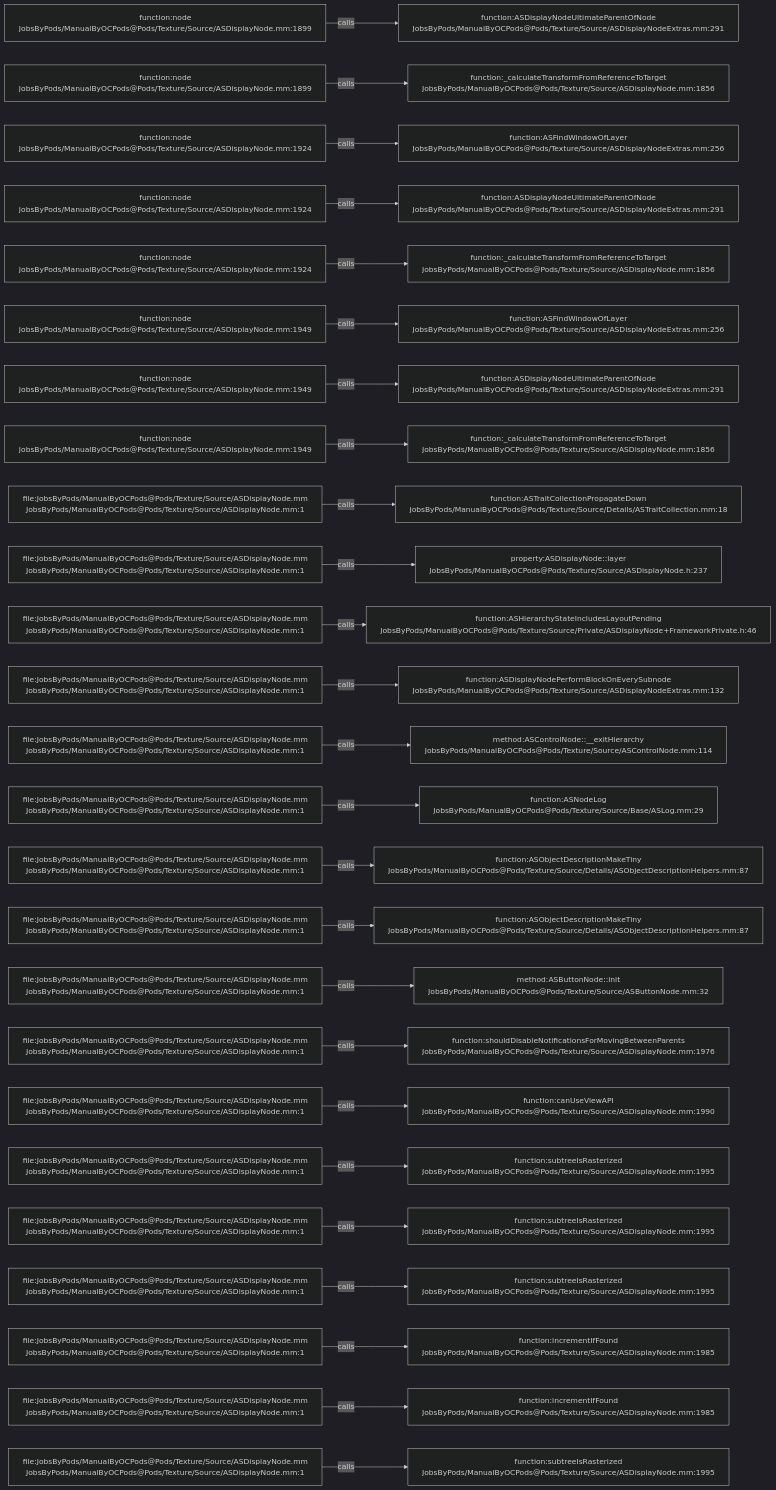
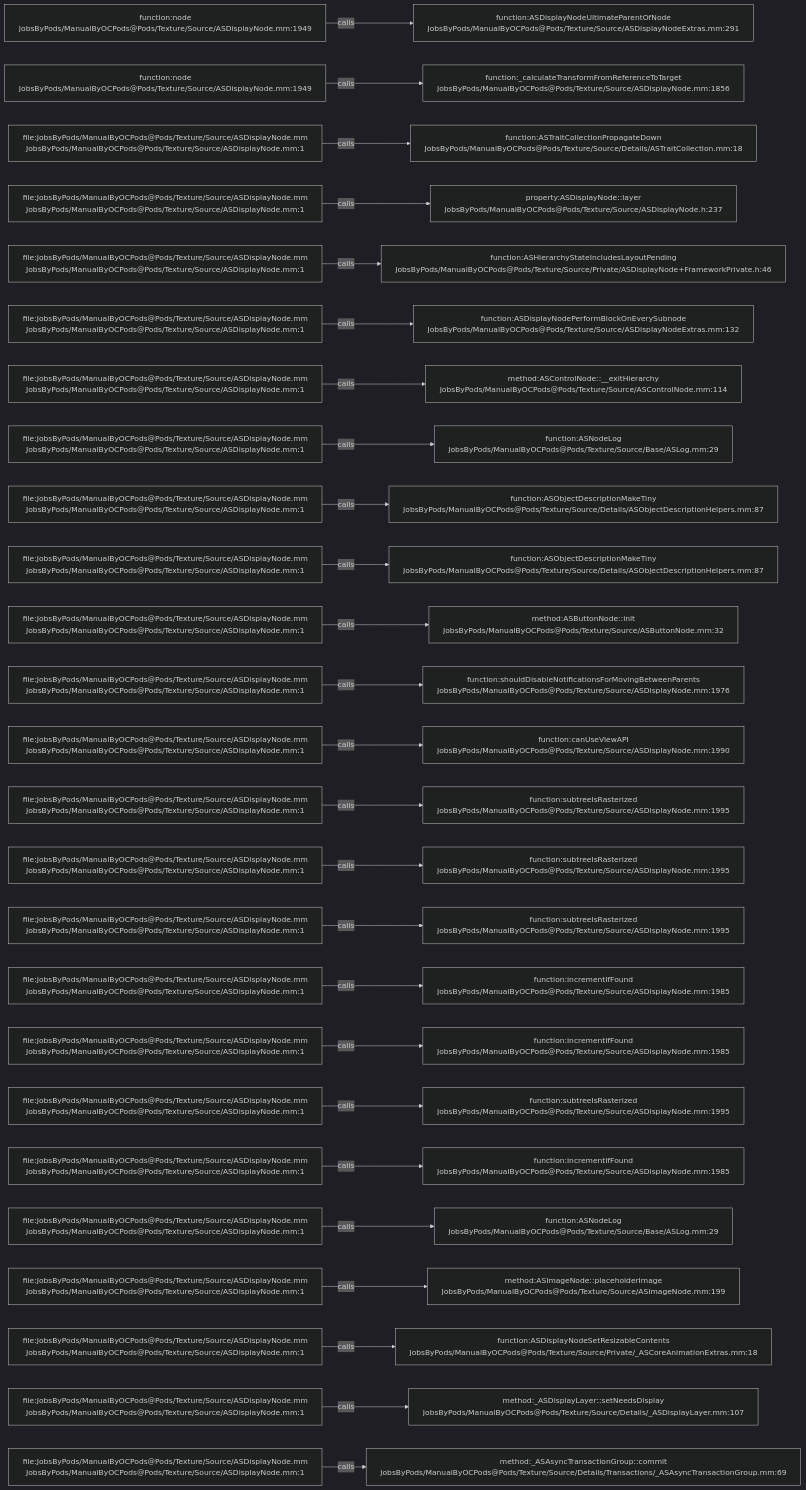
One commit to JobsKits/JobsOCBaseConfigDemo changed the diagram in .codegraph/codegraph.md/graphs/calls-093.md. Above: the diagram before and after it, drawn with Mermaid (dark theme). The commit also changed 666 other files, not shown here.

````diff
--- a/.codegraph/codegraph.md/graphs/calls-093.md
+++ b/.codegraph/codegraph.md/graphs/calls-093.md
@@ -13,78 +13,78 @@
 ```mermaid
 flowchart LR
-  S1["function:node<br/>JobsByPods/ManualByOCPods@Pods/Texture/Source/ASDisplayNode.mm:1899"]
+  S1["function:node<br/>JobsByPods/ManualByOCPods@Pods/Texture/Source/ASDisplayNode.mm:1949"]
   T1["function:ASDisplayNodeUltimateParentOfNode<br/>JobsByPods/ManualByOCPods@Pods/Texture/Source/ASDisplayNodeExtras.mm:291"]
   S1 -->|calls| T1
-  S2["function:node<br/>JobsByPods/ManualByOCPods@Pods/Texture/Source/ASDisplayNode.mm:1899"]
+  S2["function:node<br/>JobsByPods/ManualByOCPods@Pods/Texture/Source/ASDisplayNode.mm:1949"]
   T2["function:_calculateTransformFromReferenceToTarget<br/>JobsByPods/ManualByOCPods@Pods/Texture/Source/ASDisplayNode.mm:1856"]
   S2 -->|calls| T2
-  S3["function:node<br/>JobsByPods/ManualByOCPods@Pods/Texture/Source/ASDisplayNode.mm:1924"]
-  T3["function:ASFindWindowOfLayer<br/>JobsByPods/ManualByOCPods@Pods/Texture/Source/ASDisplayNodeExtras.mm:256"]
+  S3["file:JobsByPods/ManualByOCPods@Pods/Texture/Source/ASDisplayNode.mm<br/>JobsByPods/ManualByOCPods@Pods/Texture/Source/ASDisplayNode.mm:1"]
+  T3["function:ASTraitCollectionPropagateDown<br/>JobsByPods/ManualByOCPods@Pods/Texture/Source/Details/ASTraitCollection.mm:18"]
   S3 -->|calls| T3
-  S4["function:node<br/>JobsByPods/ManualByOCPods@Pods/Texture/Source/ASDisplayNode.mm:1924"]
-  T4["function:ASDisplayNodeUltimateParentOfNode<br/>JobsByPods/ManualByOCPods@Pods/Texture/Source/ASDisplayNodeExtras.mm:291"]
+  S4["file:JobsByPods/ManualByOCPods@Pods/Texture/Source/ASDisplayNode.mm<br/>JobsByPods/ManualByOCPods@Pods/Texture/Source/ASDisplayNode.mm:1"]
+  T4["property:ASDisplayNode::layer<br/>JobsByPods/ManualByOCPods@Pods/Texture/Source/ASDisplayNode.h:237"]
   S4 -->|calls| T4
-  S5["function:node<br/>JobsByPods/ManualByOCPods@Pods/Texture/Source/ASDisplayNode.mm:1924"]
-  T5["function:_calculateTransformFromReferenceToTarget<br/>JobsByPods/ManualByOCPods@Pods/Texture/Source/ASDisplayNode.mm:1856"]
+  S5["file:JobsByPods/ManualByOCPods@Pods/Texture/Source/ASDisplayNode.mm<br/>JobsByPods/ManualByOCPods@Pods/Texture/Source/ASDisplayNode.mm:1"]
+  T5["function:ASHierarchyStateIncludesLayoutPending<br/>JobsByPods/ManualByOCPods@Pods/Texture/Source/Private/ASDisplayNode+FrameworkPrivate.h:46"]
   S5 -->|calls| T5
-  S6["function:node<br/>JobsByPods/ManualByOCPods@Pods/Texture/Source/ASDisplayNode.mm:1949"]
-  T6["function:ASFindWindowOfLayer<br/>JobsByPods/ManualByOCPods@Pods/Texture/Source/ASDisplayNodeExtras.mm:256"]
+  S6["file:JobsByPods/ManualByOCPods@Pods/Texture/Source/ASDisplayNode.mm<br/>JobsByPods/ManualByOCPods@Pods/Texture/Source/ASDisplayNode.mm:1"]
+  T6["function:ASDisplayNodePerformBlockOnEverySubnode<br/>JobsByPods/ManualByOCPods@Pods/Texture/Source/ASDisplayNodeExtras.mm:132"]
   S6 -->|calls| T6
-  S7["function:node<br/>JobsByPods/ManualByOCPods@Pods/Texture/Source/ASDisplayNode.mm:1949"]
-  T7["function:ASDisplayNodeUltimateParentOfNode<br/>JobsByPods/ManualByOCPods@Pods/Texture/Source/ASDisplayNodeExtras.mm:291"]
+  S7["file:JobsByPods/ManualByOCPods@Pods/Texture/Source/ASDisplayNode.mm<br/>JobsByPods/ManualByOCPods@Pods/Texture/Source/ASDisplayNode.mm:1"]
+  T7["method:ASControlNode::__exitHierarchy<br/>JobsByPods/ManualByOCPods@Pods/Texture/Source/ASControlNode.mm:114"]
   S7 -->|calls| T7
-  S8["function:node<br/>JobsByPods/ManualByOCPods@Pods/Texture/Source/ASDisplayNode.mm:1949"]
-  T8["function:_calculateTransformFromReferenceToTarget<br/>JobsByPods/ManualByOCPods@Pods/Texture/Source/ASDisplayNode.mm:1856"]
+  S8["file:JobsByPods/ManualByOCPods@Pods/Texture/Source/ASDisplayNode.mm<br/>JobsByPods/ManualByOCPods@Pods/Texture/Source/ASDisplayNode.mm:1"]
+  T8["function:ASNodeLog<br/>JobsByPods/ManualByOCPods@Pods/Texture/Source/Base/ASLog.mm:29"]
   S8 -->|calls| T8
   S9["file:JobsByPods/ManualByOCPods@Pods/Texture/Source/ASDisplayNode.mm<br/>JobsByPods/ManualByOCPods@Pods/Texture/Source/ASDisplayNode.mm:1"]
-  T9["function:ASTraitCollectionPropagateDown<br/>JobsByPods/ManualByOCPods@Pods/Texture/Source/Details/ASTraitCollection.mm:18"]
+  T9["function:ASObjectDescriptionMakeTiny<br/>JobsByPods/ManualByOCPods@Pods/Texture/Source/Details/ASObjectDescriptionHelpers.mm:87"]
   S9 -->|calls| T9
   S10["file:JobsByPods/ManualByOCPods@Pods/Texture/Source/ASDisplayNode.mm<br/>JobsByPods/ManualByOCPods@Pods/Texture/Source/ASDisplayNode.mm:1"]
-  T10["property:ASDisplayNode::layer<br/>JobsByPods/ManualByOCPods@Pods/Texture/Source/ASDisplayNode.h:237"]
+  T10["function:ASObjectDescriptionMakeTiny<br/>JobsByPods/ManualByOCPods@Pods/Texture/Source/Details/ASObjectDescriptionHelpers.mm:87"]
   S10 -->|calls| T10
   S11["file:JobsByPods/ManualByOCPods@Pods/Texture/Source/ASDisplayNode.mm<br/>JobsByPods/ManualByOCPods@Pods/Texture/Source/ASDisplayNode.mm:1"]
-  T11["function:ASHierarchyStateIncludesLayoutPending<br/>JobsByPods/ManualByOCPods@Pods/Texture/Source/Private/ASDisplayNode+FrameworkPrivate.h:46"]
+  T11["method:ASButtonNode::init<br/>JobsByPods/ManualByOCPods@Pods/Texture/Source/ASButtonNode.mm:32"]
   S11 -->|calls| T11
   S12["file:JobsByPods/ManualByOCPods@Pods/Texture/Source/ASDisplayNode.mm<br/>JobsByPods/ManualByOCPods@Pods/Texture/Source/ASDisplayNode.mm:1"]
-  T12["function:ASDisplayNodePerformBlockOnEverySubnode<br/>JobsByPods/ManualByOCPods@Pods/Texture/Source/ASDisplayNodeExtras.mm:132"]
+  T12["function:shouldDisableNotificationsForMovingBetweenParents<br/>JobsByPods/ManualByOCPods@Pods/Texture/Source/ASDisplayNode.mm:1976"]
   S12 -->|calls| T12
   S13["file:JobsByPods/ManualByOCPods@Pods/Texture/Source/ASDisplayNode.mm<br/>JobsByPods/ManualByOCPods@Pods/Texture/Source/ASDisplayNode.mm:1"]
-  T13["method:ASControlNode::__exitHierarchy<br/>JobsByPods/ManualByOCPods@Pods/Texture/Source/ASControlNode.mm:114"]
+  T13["function:canUseViewAPI<br/>JobsByPods/ManualByOCPods@Pods/Texture/Source/ASDisplayNode.mm:1990"]
   S13 -->|calls| T13
   S14["file:JobsByPods/ManualByOCPods@Pods/Texture/Source/ASDisplayNode.mm<br/>JobsByPods/ManualByOCPods@Pods/Texture/Source/ASDisplayNode.mm:1"]
-  T14["function:ASNodeLog<br/>JobsByPods/ManualByOCPods@Pods/Texture/Source/Base/ASLog.mm:29"]
+  T14["function:subtreeIsRasterized<br/>JobsByPods/ManualByOCPods@Pods/Texture/Source/ASDisplayNode.mm:1995"]
   S14 -->|calls| T14
   S15["file:JobsByPods/ManualByOCPods@Pods/Texture/Source/ASDisplayNode.mm<br/>JobsByPods/ManualByOCPods@Pods/Texture/Source/ASDisplayNode.mm:1"]
-  T15["function:ASObjectDescriptionMakeTiny<br/>JobsByPods/ManualByOCPods@Pods/Texture/Source/Details/ASObjectDescriptionHelpers.mm:87"]
+  T15["function:subtreeIsRasterized<br/>JobsByPods/ManualByOCPods@Pods/Texture/Source/ASDisplayNode.mm:1995"]
   S15 -->|calls| T15
   S16["file:JobsByPods/ManualByOCPods@Pods/Texture/Source/ASDisplayNode.mm<br/>JobsByPods/ManualByOCPods@Pods/Texture/Source/ASDisplayNode.mm:1"]
-  T16["function:ASObjectDescriptionMakeTiny<br/>JobsByPods/ManualByOCPods@Pods/Texture/Source/Details/ASObjectDescriptionHelpers.mm:87"]
+  T16["function:subtreeIsRasterized<br/>JobsByPods/ManualByOCPods@Pods/Texture/Source/ASDisplayNode.mm:1995"]
   S16 -->|calls| T16
   S17["file:JobsByPods/ManualByOCPods@Pods/Texture/Source/ASDisplayNode.mm<br/>JobsByPods/ManualByOCPods@Pods/Texture/Source/ASDisplayNode.mm:1"]
-  T17["method:ASButtonNode::init<br/>JobsByPods/ManualByOCPods@Pods/Texture/Source/ASButtonNode.mm:32"]
+  T17["function:incrementIfFound<br/>JobsByPods/ManualByOCPods@Pods/Texture/Source/ASDisplayNode.mm:1985"]
   S17 -->|calls| T17
   S18["file:JobsByPods/ManualByOCPods@Pods/Texture/Source/ASDisplayNode.mm<br/>JobsByPods/ManualByOCPods@Pods/Texture/Source/ASDisplayNode.mm:1"]
-  T18["function:shouldDisableNotificationsForMovingBetweenParents<br/>JobsByPods/ManualByOCPods@Pods/Texture/Source/ASDisplayNode.mm:1976"]
+  T18["function:incrementIfFound<br/>JobsByPods/ManualByOCPods@Pods/Texture/Source/ASDisplayNode.mm:1985"]
   S18 -->|calls| T18
   S19["file:JobsByPods/ManualByOCPods@Pods/Texture/Source/ASDisplayNode.mm<br/>JobsByPods/ManualByOCPods@Pods/Texture/Source/ASDisplayNode.mm:1"]
-  T19["function:canUseViewAPI<br/>JobsByPods/ManualByOCPods@Pods/Texture/Source/ASDisplayNode.mm:1990"]
+  T19["function:subtreeIsRasterized<br/>JobsByPods/ManualByOCPods@Pods/Texture/Source/ASDisplayNode.mm:1995"]
   S19 -->|calls| T19
   S20["file:JobsByPods/ManualByOCPods@Pods/Texture/Source/ASDisplayNode.mm<br/>JobsByPods/ManualByOCPods@Pods/Texture/Source/ASDisplayNode.mm:1"]
-  T20["function:subtreeIsRasterized<br/>JobsByPods/ManualByOCPods@Pods/Texture/Source/ASDisplayNode.mm:1995"]
+  T20["function:incrementIfFound<br/>JobsByPods/ManualByOCPods@Pods/Texture/Source/ASDisplayNode.mm:1985"]
   S20 -->|calls| T20
   S21["file:JobsByPods/ManualByOCPods@Pods/Texture/Source/ASDisplayNode.mm<br/>JobsByPods/ManualByOCPods@Pods/Texture/Source/ASDisplayNode.mm:1"]
-  T21["function:subtreeIsRasterized<br/>JobsByPods/ManualByOCPods@Pods/Texture/Source/ASDisplayNode.mm:1995"]
+  T21["function:ASNodeLog<br/>JobsByPods/ManualByOCPods@Pods/Texture/Source/Base/ASLog.mm:29"]
   S21 -->|calls| T21
   S22["file:JobsByPods/ManualByOCPods@Pods/Texture/Source/ASDisplayNode.mm<br/>JobsByPods/ManualByOCPods@Pods/Texture/Source/ASDisplayNode.mm:1"]
-  T22["function:subtreeIsRasterized<br/>JobsByPods/ManualByOCPods@Pods/Texture/Source/ASDisplayNode.mm:1995"]
+  T22["method:ASImageNode::placeholderImage<br/>JobsByPods/ManualByOCPods@Pods/Texture/Source/ASImageNode.mm:199"]
   S22 -->|calls| T22
   S23["file:JobsByPods/ManualByOCPods@Pods/Texture/Source/ASDisplayNode.mm<br/>JobsByPods/ManualByOCPods@Pods/Texture/Source/ASDisplayNode.mm:1"]
-  T23["function:incrementIfFound<br/>JobsByPods/ManualByOCPods@Pods/Texture/Source/ASDisplayNode.mm:1985"]
+  T23["function:ASDisplayNodeSetResizableContents<br/>JobsByPods/ManualByOCPods@Pods/Texture/Source/Private/_ASCoreAnimationExtras.mm:18"]
   S23 -->|calls| T23
   S24["file:JobsByPods/ManualByOCPods@Pods/Texture/Source/ASDisplayNode.mm<br/>JobsByPods/ManualByOCPods@Pods/Texture/Source/ASDisplayNode.mm:1"]
-  T24["function:incrementIfFound<br/>JobsByPods/ManualByOCPods@Pods/Texture/Source/ASDisplayNode.mm:1985"]
+  T24["method:_ASDisplayLayer::setNeedsDisplay<br/>JobsByPods/ManualByOCPods@Pods/Texture/Source/Details/_ASDisplayLayer.mm:107"]
   S24 -->|calls| T24
   S25["file:JobsByPods/ManualByOCPods@Pods/Texture/Source/ASDisplayNode.mm<br/>JobsByPods/ManualByOCPods@Pods/Texture/Source/ASDisplayNode.mm:1"]
-  T25["function:subtreeIsRasterized<br/>JobsByPods/ManualByOCPods@Pods/Texture/Source/ASDisplayNode.mm:1995"]
+  T25["method:_ASAsyncTransactionGroup::commit<br/>JobsByPods/ManualByOCPods@Pods/Texture/Source/Details/Transactions/_ASAsyncTransactionGroup.mm:69"]
   S25 -->|calls| T25
 ```
````
